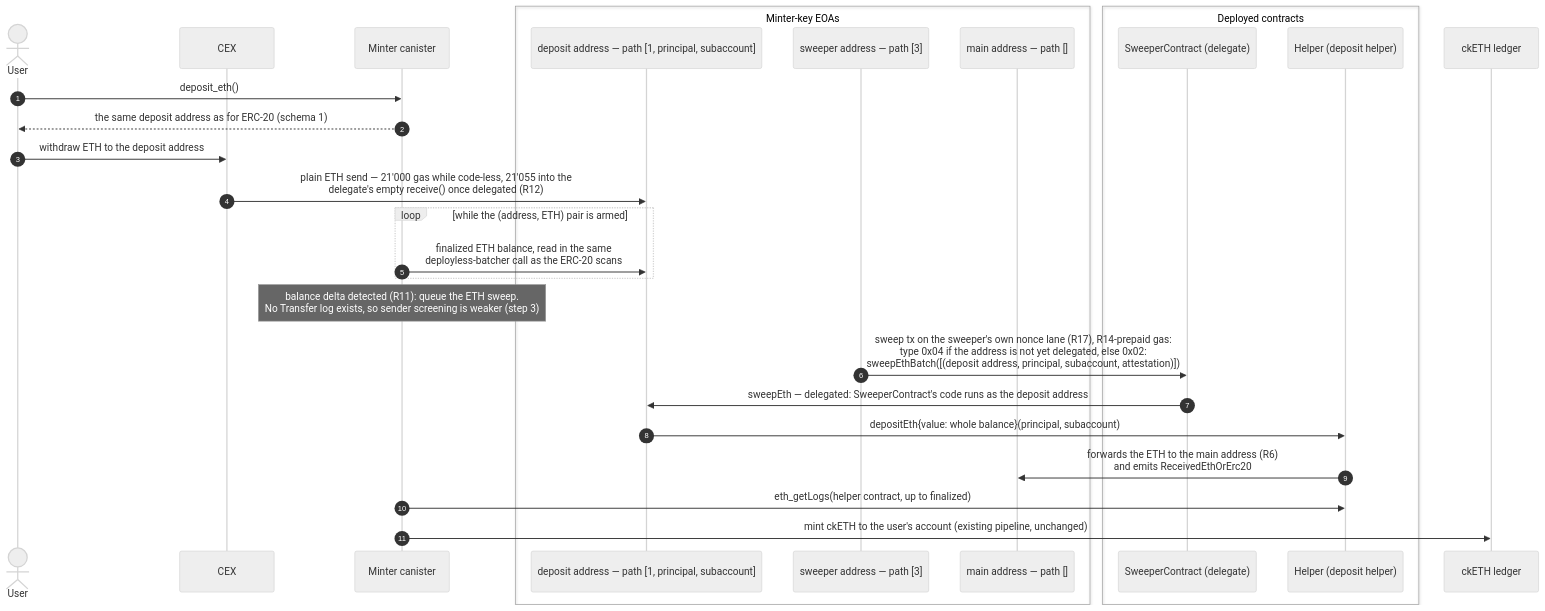
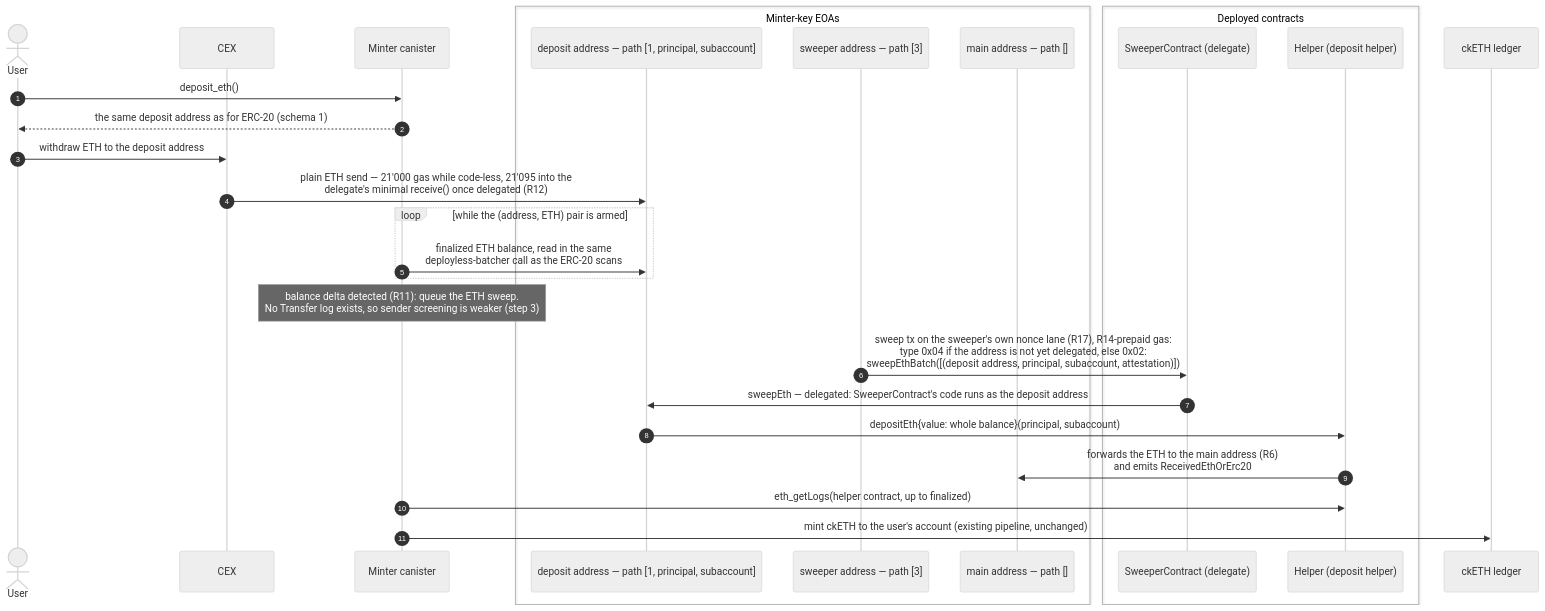
Before and after one commit to dfinity/ic: the third of 5 diagrams in rs/ethereum/cketh/docs/deposit_from_cex.md, drawn with Mermaid (neutral theme). The commit also changed other lines of this file, not shown here.

````diff
--- a/rs/ethereum/cketh/docs/deposit_from_cex.md
+++ b/rs/ethereum/cketh/docs/deposit_from_cex.md
@@ -911,32 +924,32 @@
 ```mermaid
 sequenceDiagram
     autonumber
     actor User
     participant CEX
     participant Minter as Minter canister
     box Minter-key EOAs
         participant D as deposit address — path [1, principal, subaccount]
         participant Sw as sweeper address — path [3]
         participant Main as main address — path []
     end
     box Deployed contracts
         participant S as SweeperContract (delegate)
         participant H as Helper (deposit helper)
     end
     participant Ledger as ckETH ledger
 
     User->>Minter: deposit_eth()
     Minter-->>User: the same deposit address as for ERC-20 (schema 1)
     User->>CEX: withdraw ETH to the deposit address
-    CEX->>D: plain ETH send — 21'000 gas while code-less, 21'055 into the<br/>delegate's empty receive() once delegated (R12)
+    CEX->>D: plain ETH send — 21'000 gas while code-less, 21'095 into the<br/>delegate's minimal receive() once delegated (R12)
     loop while the (address, ETH) pair is armed
         Minter->>D: finalized ETH balance, read in the same<br/>deployless-batcher call as the ERC-20 scans
     end
     Note over Minter: balance delta detected (R11): queue the ETH sweep.<br/>No Transfer log exists, so sender screening is weaker (step 3)
     Sw->>S: sweep tx on the sweeper's own nonce lane (R17), R14-prepaid gas:<br/>type 0x04 if the address is not yet delegated, else 0x02:<br/>sweepEthBatch([(deposit address, principal, subaccount, attestation)])
     S->>D: sweepEth — delegated: SweeperContract's code runs as the deposit address
     D->>H: depositEth{value: whole balance}(principal, subaccount)
     H->>Main: forwards the ETH to the main address (R6)<br/>and emits ReceivedEthOrErc20
     Minter->>H: eth_getLogs(helper contract, up to finalized)
     Minter->>Ledger: mint ckETH to the user's account (existing pipeline, unchanged)
 ```
````
